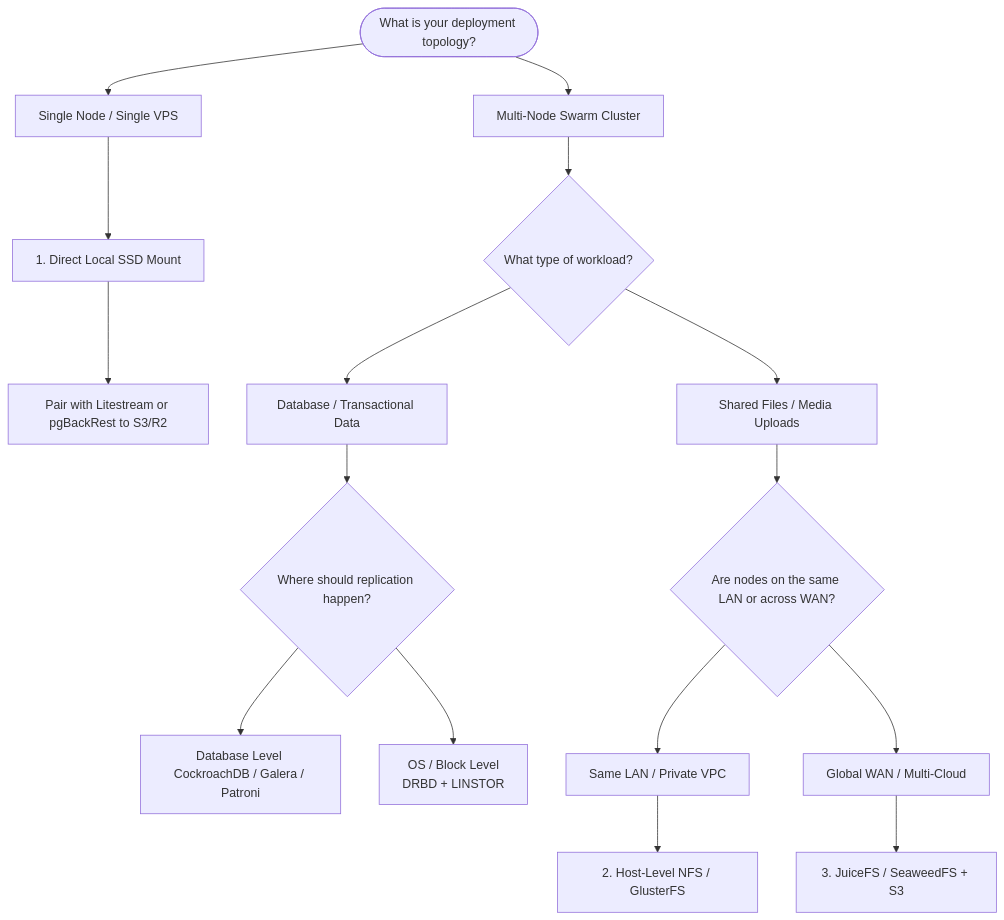
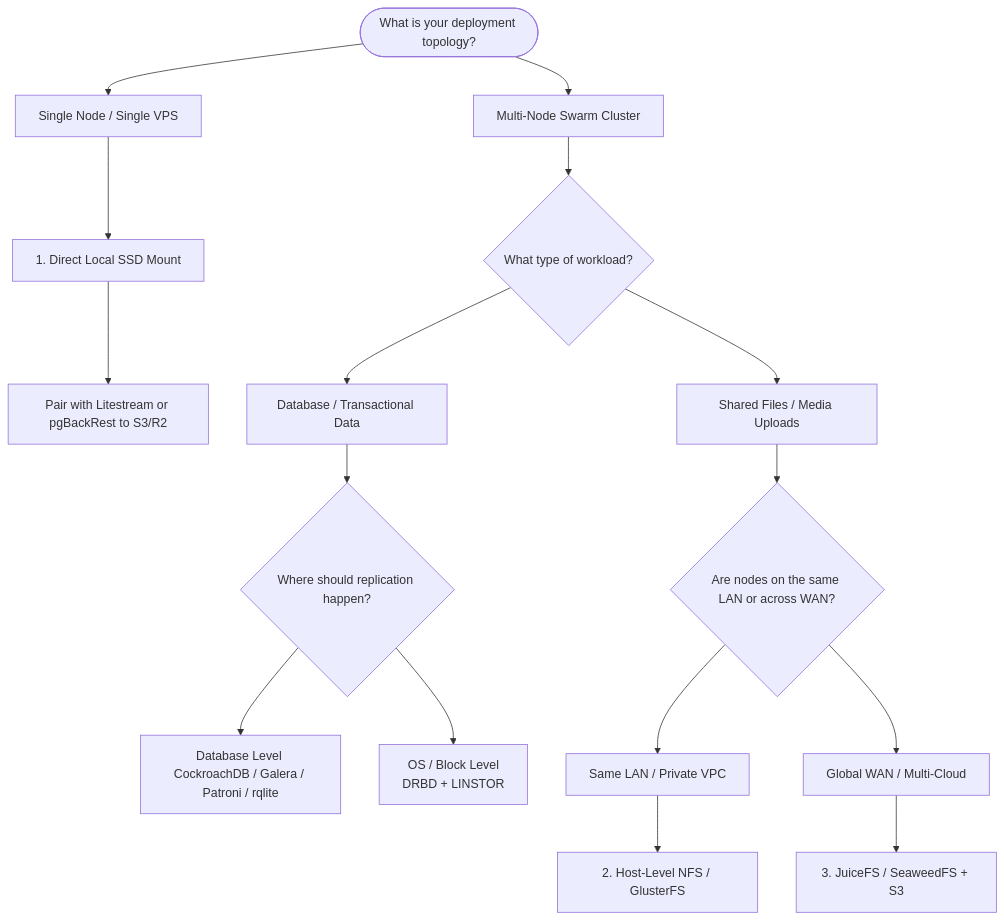
Before and after one commit to hazemarian/poor-man-cluster: the first of 2 diagrams in docs/storage-and-databases.md, drawn with Mermaid. The commit also changed other lines of this file and 12 other files, not shown here.

````diff
--- a/docs/storage-and-databases.md
+++ b/docs/storage-and-databases.md
@@ -17,28 +17,28 @@
 ```mermaid
 flowchart TD
     Start([What is your deployment topology?]) --> SingleNode[Single Node / Single VPS]
     Start --> MultiNode[Multi-Node Swarm Cluster]
 
     %% Single Node Branch
     SingleNode --> LocalMount[1. Direct Local SSD Mount]
     LocalMount --> BackupLitestream[Pair with Litestream or pgBackRest to S3/R2]
 
     %% Multi Node Branch
     MultiNode --> WorkloadType{What type of workload?}
 
     WorkloadType --> DBWorkload[Database / Transactional Data]
     WorkloadType --> SharedFiles[Shared Files / Media Uploads]
 
     %% DB Workload Branch
     DBWorkload --> DBEngineChoice{Where should replication happen?}
-    DBEngineChoice --> DBLevel[Database Level <br/>CockroachDB / Galera / Patroni]
+    DBEngineChoice --> DBLevel[Database Level <br/>CockroachDB / Galera / Patroni / rqlite]
     DBEngineChoice --> OSLevel[OS / Block Level <br/>DRBD + LINSTOR]
 
     %% Shared Files Branch
     SharedFiles --> NetworkType{Are nodes on the same LAN or across WAN?}
     NetworkType --> LAN[Same LAN / Private VPC]
     NetworkType --> WAN[Global WAN / Multi-Cloud]
 
     LAN --> HostNFS[2. Host-Level NFS / GlusterFS]
     WAN --> JuiceFS[3. JuiceFS / SeaweedFS + S3]
 ```
````
